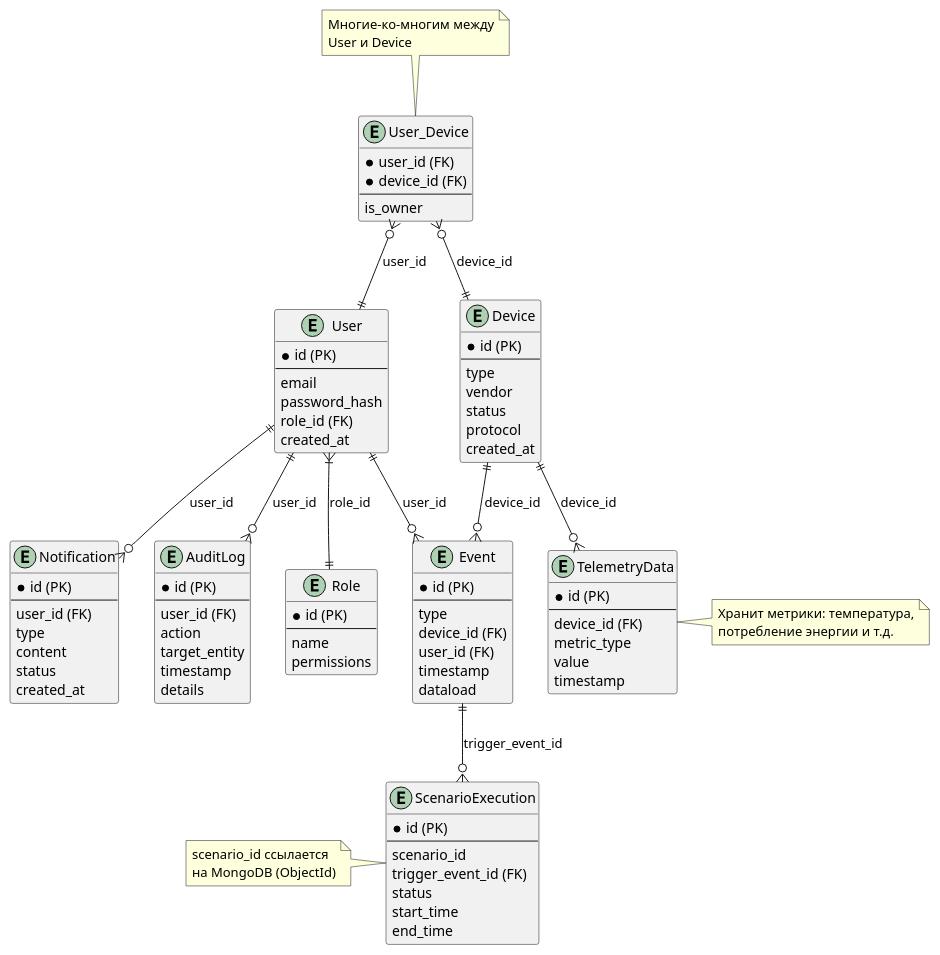
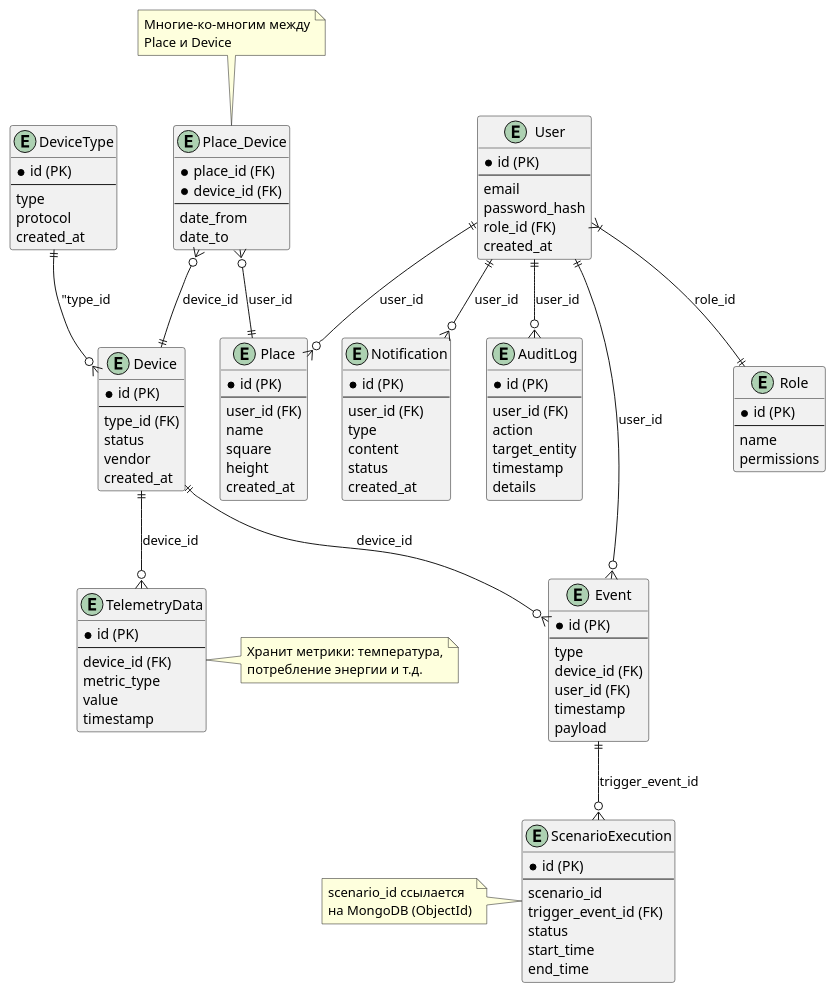
One commit to YelenaMatveevaV/architecture-sprint-3 changed the diagram in warmhouse_docs/docs/architecture/ER.md. Above: the diagram before and after it, drawn with PlantUML. The commit also changed 1 other file, not shown here.

Commit message:
Описания ER-диаграммы

```diff
--- a/warmhouse_docs/docs/architecture/ER.md
+++ b/warmhouse_docs/docs/architecture/ER.md
@@ -2,5 +2,5 @@
 @startuml
-' Сущности
+
 entity User {
   *id (PK)
   --
@@ -20,18 +20,36 @@
 entity Device {
   *id (PK)
   --
+  type_id (FK)
+  status
+  vendor
+  created_at
+}
+
+entity Place {
+  *id (PK)
+  --
+  user_id (FK)
+  name
+  square
+  height
+  created_at
+}
+
+entity DeviceType {
+  *id (PK)
+  --
   type
-  vendor
-  status
   protocol
   created_at
 }
 
-entity User_Device {
-  *user_id (FK)
+entity Place_Device {
+  *place_id (FK)
   *device_id (FK)
   --
-  is_owner
+  date_from
+  date_to
 }
 
 entity TelemetryData {
@@ -50,7 +68,7 @@
   device_id (FK)
   user_id (FK)
   timestamp
-  dataload
+  payload
 }
 
 entity ScenarioExecution {
@@ -85,19 +103,21 @@
 
 ' Связи
 User }|--|| Role : "role_id"
-User_Device }o--|| User : "user_id"
-User_Device }o--|| Device : "device_id"
+User ||--o{ Place : "user_id"
+Place_Device }o--|| Place : "user_id"
+Place_Device }o--|| Device : "device_id"
 Device ||--o{ TelemetryData : "device_id"
 Device ||--o{ Event : "device_id"
+DeviceType ||--o{ Device : "type_id
 User ||--o{ Event : "user_id"
 Event ||--o{ ScenarioExecution : "trigger_event_id"
 User ||--o{ Notification : "user_id"
 User ||--o{ AuditLog : "user_id"
 
 
-note top of User_Device
+note top of Place_Device
   Многие-ко-многим между
-  User и Device
+  Place и Device
 end note
 
 note right of TelemetryData
```
